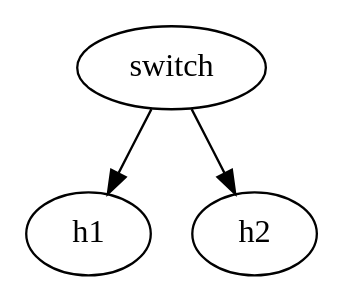
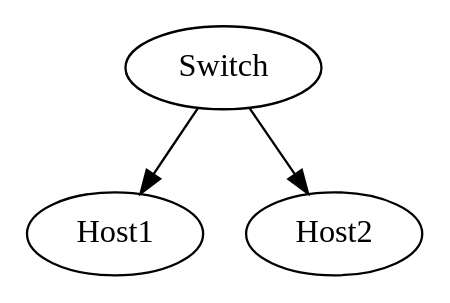
Before and after one commit to cslarsen/bachelor: the diagram in topologies/topo1.dot, drawn with Graphviz. The commit also changed 3 other files, not shown here.

```diff
--- a/topologies/topo1.dot
+++ b/topologies/topo1.dot
@@ -1,3 +1,3 @@
 digraph TOPO1 {
-  switch -> {h1, h2};
+  Switch -> {Host1, Host2};
 }
```
